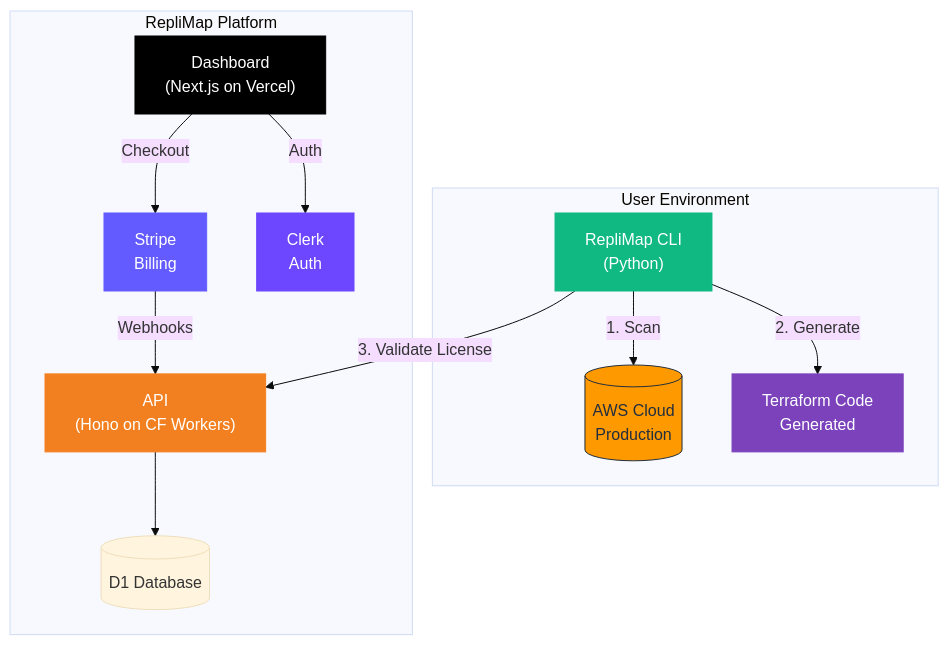
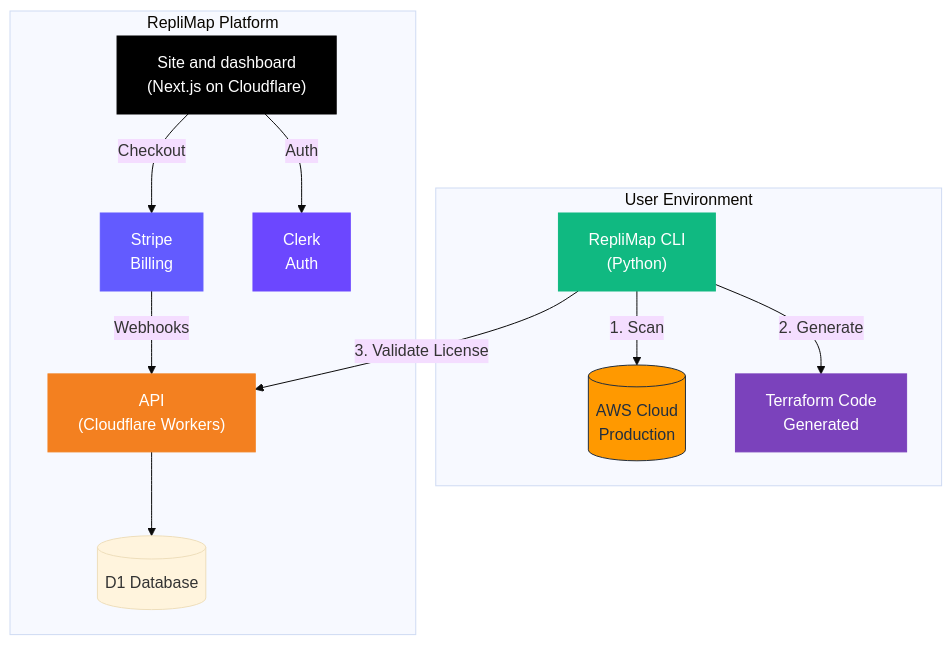
One commit to RepliMap/replimap-mono changed the diagram in README.md. Above: the diagram before and after it, drawn with Mermaid (base theme). The commit also changed other lines of this file and 2 other files, not shown here.

First line of the commit message:
feat(web): add a Manage billing button on the license page

````diff
--- a/README.md
+++ b/README.md
@@ -26,32 +26,32 @@
 ```mermaid
 graph TB
     subgraph "User Environment"
         AWS[("AWS Cloud<br/>Production")]
         CLI["RepliMap CLI<br/>(Python)"]
         TF["Terraform Code<br/>Generated"]
     end
 
     subgraph "RepliMap Platform"
-        WEB["Dashboard<br/>(Next.js on Vercel)"]
-        API["API<br/>(Hono on CF Workers)"]
+        WEB["Site and dashboard<br/>(Next.js on Cloudflare)"]
+        API["API<br/>(Cloudflare Workers)"]
         DB[("D1 Database")]
         STRIPE["Stripe<br/>Billing"]
         CLERK["Clerk<br/>Auth"]
     end
 
     CLI -->|"1. Scan"| AWS
     CLI -->|"2. Generate"| TF
     CLI -->|"3. Validate License"| API
     WEB -->|"Auth"| CLERK
     WEB -->|"Checkout"| STRIPE
     STRIPE -->|"Webhooks"| API
     API --> DB
 
     style AWS fill:#FF9900,stroke:#232F3E,color:#232F3E
     style CLI fill:#10b981,stroke:#10b981,color:white
     style API fill:#F38020,stroke:#F38020,color:white
     style WEB fill:#000000,stroke:#000000,color:white
     style TF fill:#7B42BC,stroke:#7B42BC,color:white
     style STRIPE fill:#635BFF,stroke:#635BFF,color:white
     style CLERK fill:#6C47FF,stroke:#6C47FF,color:white
 ```
````
